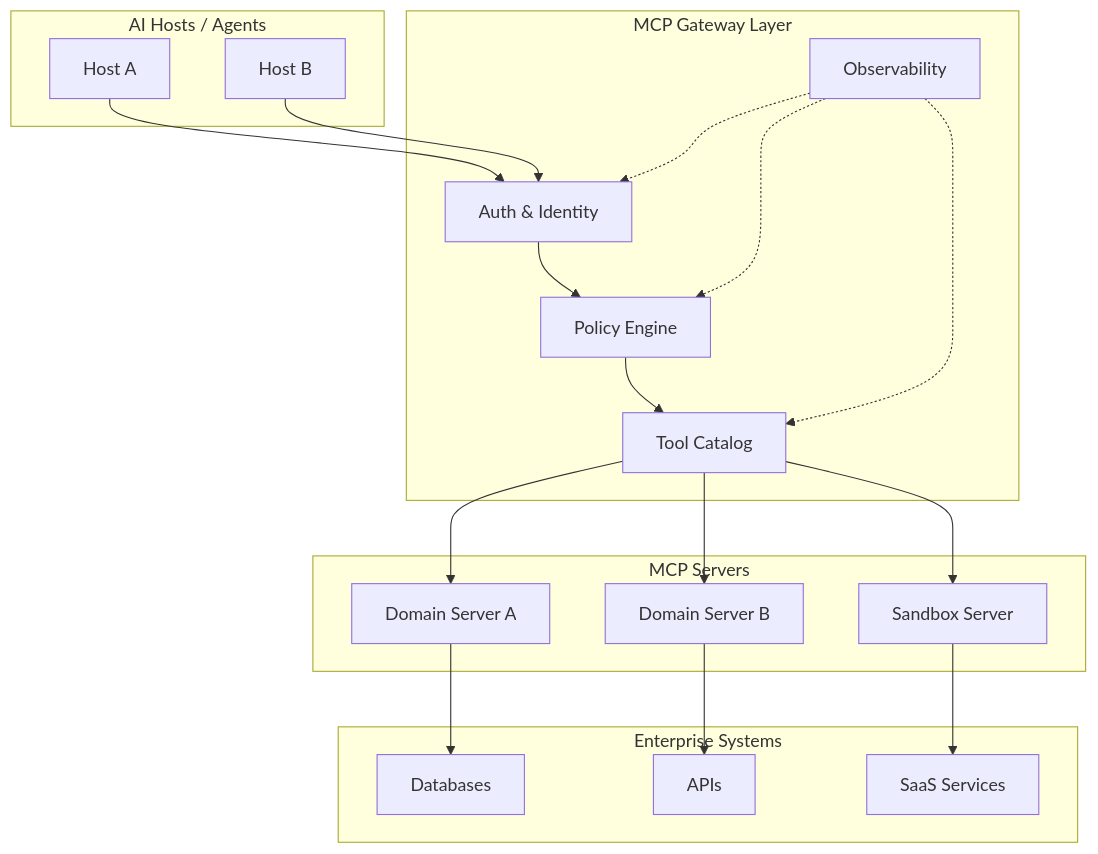
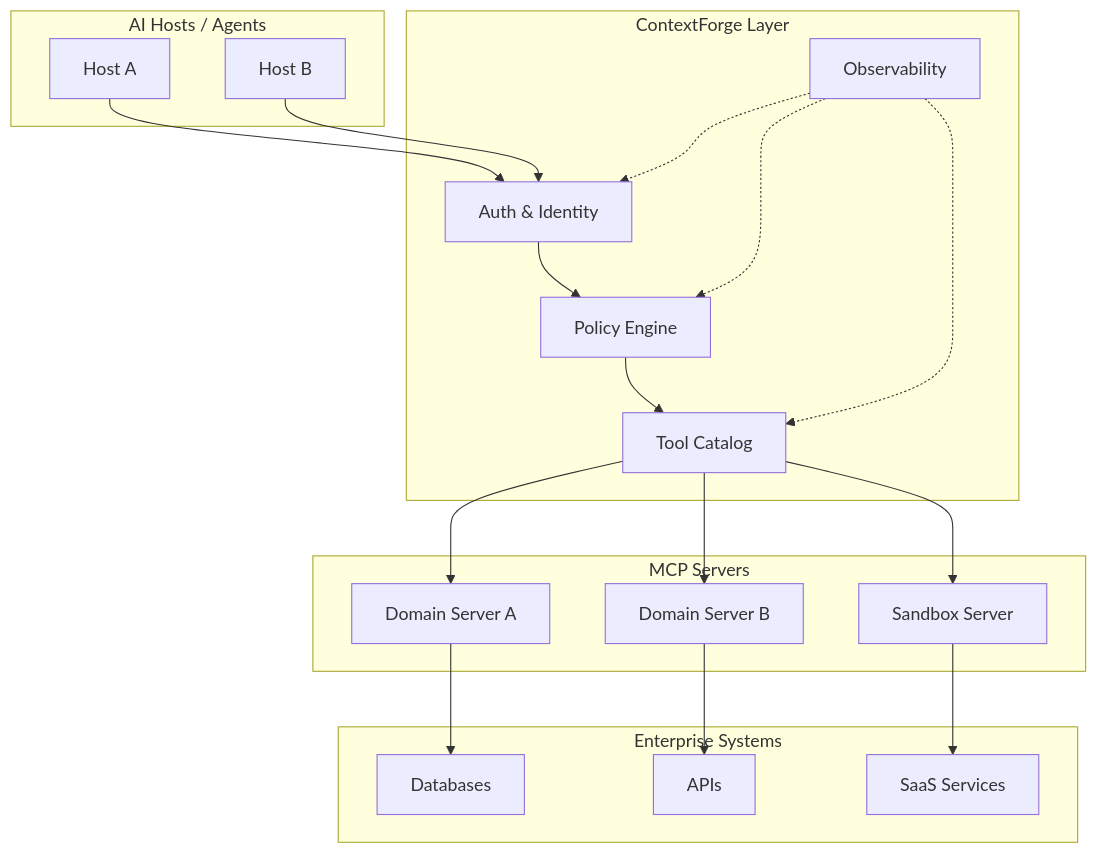
Before and after one commit to tedhabeck/mcp-context-forge: diagram 26 of 26 in docs/docs/best-practices/mcp-architecture-patterns.md, drawn with Mermaid. The commit also changed other lines of this file and 583 other files, not shown here.

First line of the commit message:
docs: rebrand to ContextForge AI Gateway (#3091)

````diff
--- a/docs/docs/best-practices/mcp-architecture-patterns.md
+++ b/docs/docs/best-practices/mcp-architecture-patterns.md
@@ -983,41 +983,41 @@
 ```mermaid
 flowchart TB
   subgraph Clients["AI Hosts / Agents"]
     H1["Host A"]
     H2["Host B"]
   end
 
-  subgraph Gateway["MCP Gateway Layer"]
+  subgraph Gateway["ContextForge Layer"]
     AUTH["Auth & Identity"]
     POLICY["Policy Engine"]
     CATALOG["Tool Catalog"]
     OBS["Observability"]
   end
 
   subgraph Servers["MCP Servers"]
     S1["Domain Server A"]
     S2["Domain Server B"]
     S3["Sandbox Server"]
   end
 
   subgraph Backend["Enterprise Systems"]
     DB["Databases"]
     API["APIs"]
     SaaS["SaaS Services"]
   end
 
   H1 --> AUTH
   H2 --> AUTH
   AUTH --> POLICY
   POLICY --> CATALOG
   CATALOG --> S1
   CATALOG --> S2
   CATALOG --> S3
   OBS -.-> AUTH
   OBS -.-> POLICY
   OBS -.-> CATALOG
 
   S1 --> DB
   S2 --> API
   S3 --> SaaS
 ```
````
